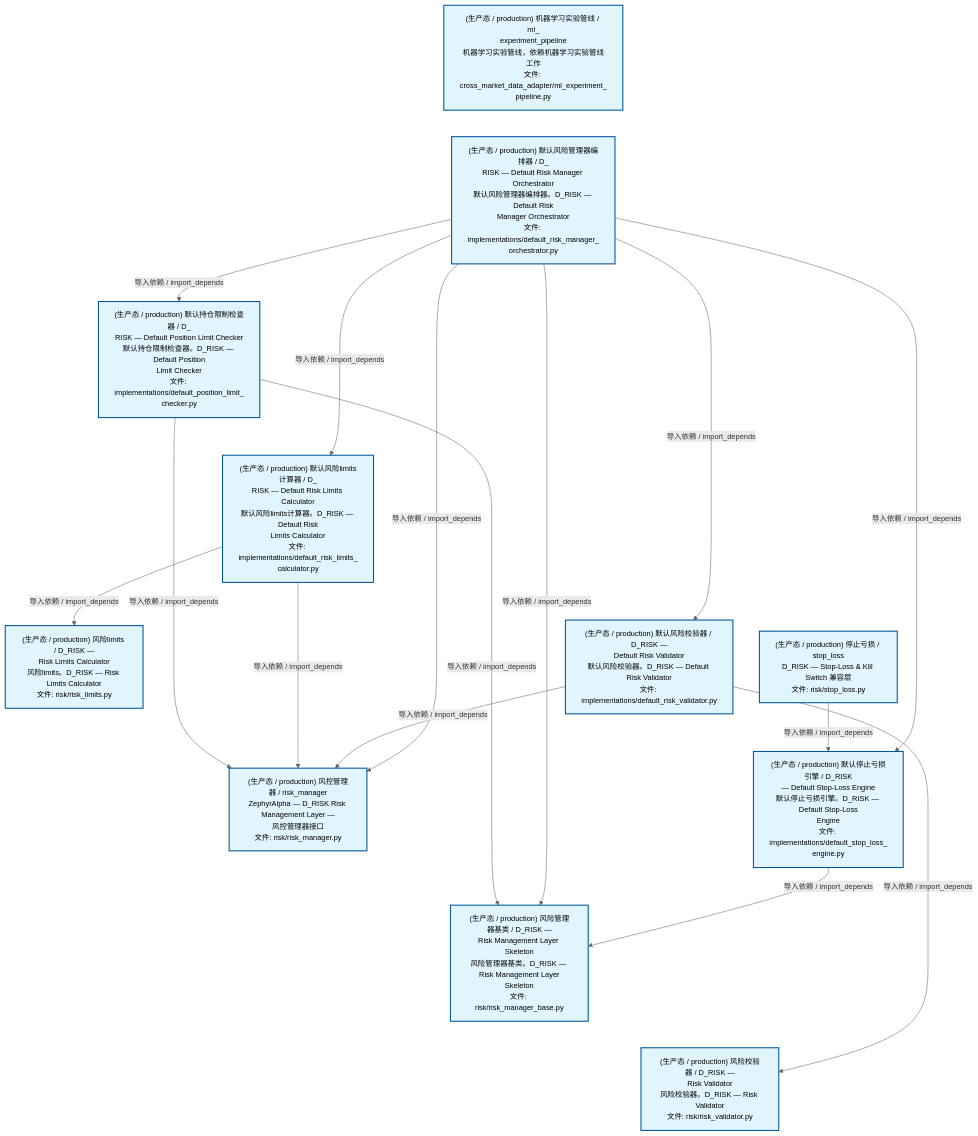
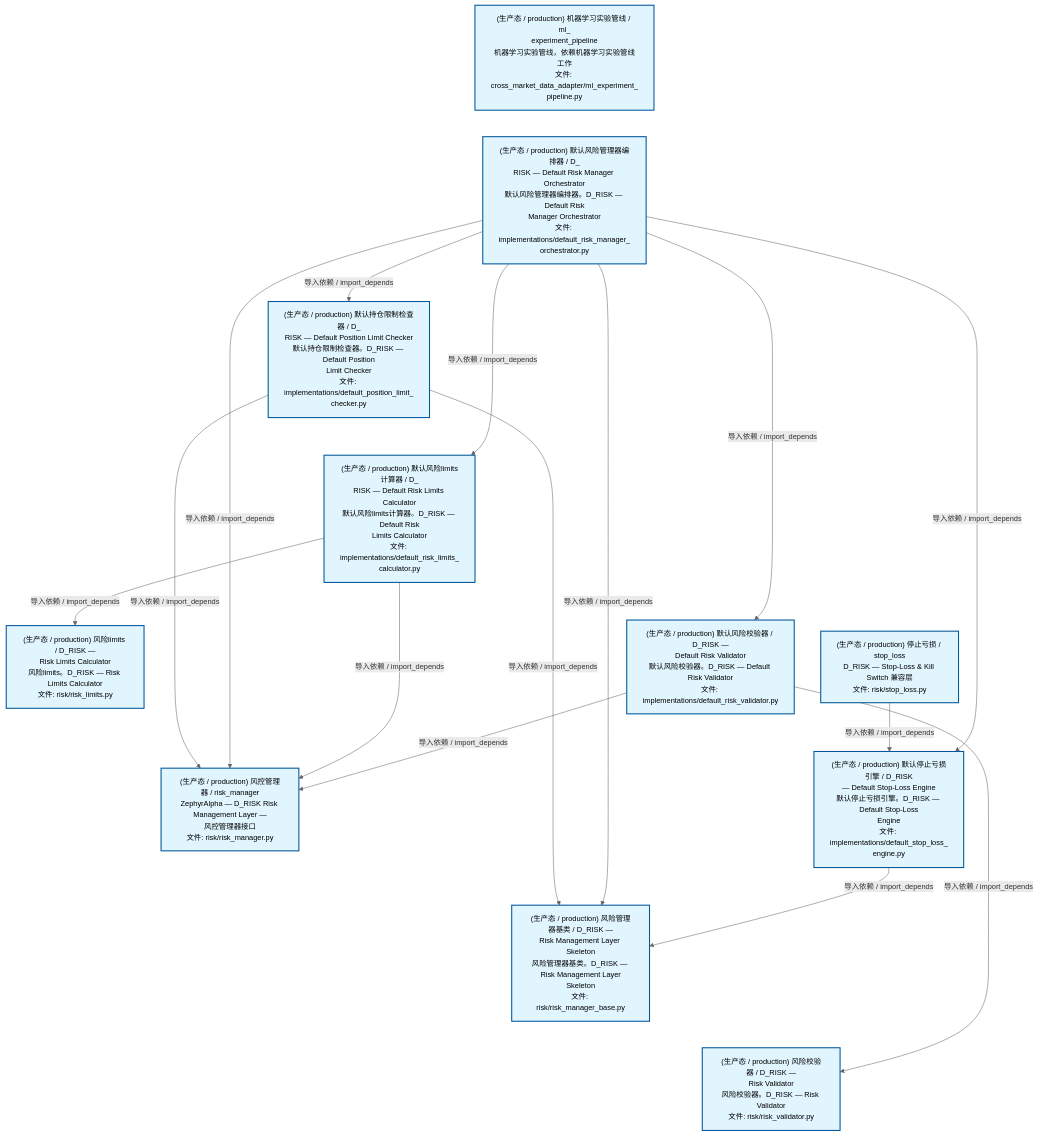
Before and after one commit to xuanFelixVan/ZephyrAlpha: the second of 4 diagrams in docs/02_enterprise_architecture/02_domain_architecture_docs/65_d_risk.md, drawn with Mermaid. The commit also changed other lines of this file and 35 other files, not shown here.

````diff
--- a/docs/02_enterprise_architecture/02_domain_architecture_docs/65_d_risk.md
+++ b/docs/02_enterprise_architecture/02_domain_architecture_docs/65_d_risk.md
@@ -134,42 +134,42 @@
 ```mermaid
 %%{init: {'theme': 'base', 'themeVariables': {'primaryColor': '#eaeaea', 'primaryTextColor': '#333333', 'primaryBorderColor': '#666666', 'lineColor': '#666666', 'secondaryColor': '#eaeaea', 'tertiaryColor': '#eaeaea', 'fontSize': '14px'}}}%%
 flowchart TD
     src_zephyr_risk_cross_asset_cross_market_data_adapter_ml_experiment_pipeline_py["(生产态 / production) 机器学习实验管线 / ml_<br/>experiment_pipeline<br/>机器学习实验管线，依赖机器学习实验管线工作<br/>文件: cross_market_data_adapter/ml_experiment_<br/>pipeline.py"]
     src_zephyr_risk_implementations_default_risk_manager_orchestrator_py["(生产态 / production) 默认风险管理器编排器 / D_<br/>RISK — Default Risk Manager Orchestrator<br/>默认风险管理器编排器。D_RISK — Default Risk<br/>Manager Orchestrator<br/>文件: implementations/default_risk_manager_<br/>orchestrator.py"]
     src_zephyr_risk_stop_loss_py["(生产态 / production) 停止亏损 / stop_loss<br/>D_RISK — Stop-Loss & Kill Switch 兼容层<br/>文件: risk/stop_loss.py"]
     src_zephyr_risk_cross_asset_cross_market_data_adapter_ml_experiment_pipeline_py ~~~ src_zephyr_risk_implementations_default_risk_manager_orchestrator_py
     src_zephyr_risk_implementations_default_risk_manager_orchestrator_py ~~~ src_zephyr_risk_stop_loss_py
     src_zephyr_risk_implementations_default_position_limit_checker_py["(生产态 / production) 默认持仓限制检查器 / D_<br/>RISK — Default Position Limit Checker<br/>默认持仓限制检查器。D_RISK — Default Position<br/>Limit Checker<br/>文件: implementations/default_position_limit_<br/>checker.py"]
     src_zephyr_risk_implementations_default_risk_limits_calculator_py["(生产态 / production) 默认风险limits计算器 / D_<br/>RISK — Default Risk Limits Calculator<br/>默认风险limits计算器。D_RISK — Default Risk<br/>Limits Calculator<br/>文件: implementations/default_risk_limits_<br/>calculator.py"]
     src_zephyr_risk_implementations_default_risk_validator_py["(生产态 / production) 默认风险校验器 / D_RISK —<br/>Default Risk Validator<br/>默认风险校验器。D_RISK — Default Risk Validator<br/>文件: implementations/default_risk_validator.py"]
     src_zephyr_risk_implementations_default_stop_loss_engine_py["(生产态 / production) 默认停止亏损引擎 / D_RISK<br/>— Default Stop-Loss Engine<br/>默认停止亏损引擎。D_RISK — Default Stop-Loss<br/>Engine<br/>文件: implementations/default_stop_loss_<br/>engine.py"]
     src_zephyr_risk_implementations_default_position_limit_checker_py ~~~ src_zephyr_risk_implementations_default_risk_limits_calculator_py
     src_zephyr_risk_implementations_default_risk_limits_calculator_py ~~~ src_zephyr_risk_implementations_default_risk_validator_py
     src_zephyr_risk_implementations_default_risk_validator_py ~~~ src_zephyr_risk_implementations_default_stop_loss_engine_py
     src_zephyr_risk_risk_limits_py["(生产态 / production) 风险limits / D_RISK —<br/>Risk Limits Calculator<br/>风险limits。D_RISK — Risk Limits Calculator<br/>文件: risk/risk_limits.py"]
     src_zephyr_risk_risk_manager_py["(生产态 / production) 风控管理器 / risk_manager<br/>ZephyrAlpha — D_RISK Risk Management Layer —<br/>风控管理器接口<br/>文件: risk/risk_manager.py"]
     src_zephyr_risk_risk_manager_base_py["(生产态 / production) 风险管理器基类 / D_RISK —<br/>Risk Management Layer Skeleton<br/>风险管理器基类。D_RISK — Risk Management Layer<br/>Skeleton<br/>文件: risk/risk_manager_base.py"]
     src_zephyr_risk_risk_validator_py["(生产态 / production) 风险校验器 / D_RISK —<br/>Risk Validator<br/>风险校验器。D_RISK — Risk Validator<br/>文件: risk/risk_validator.py"]
     src_zephyr_risk_risk_limits_py ~~~ src_zephyr_risk_risk_manager_py
     src_zephyr_risk_risk_manager_py ~~~ src_zephyr_risk_risk_manager_base_py
     src_zephyr_risk_risk_manager_base_py ~~~ src_zephyr_risk_risk_validator_py
     src_zephyr_risk_stop_loss_py -->|导入依赖 / import_depends| src_zephyr_risk_implementations_default_stop_loss_engine_py
+    src_zephyr_risk_implementations_default_position_limit_checker_py -->|导入依赖 / import_depends| src_zephyr_risk_risk_manager_base_py
     src_zephyr_risk_implementations_default_position_limit_checker_py -->|导入依赖 / import_depends| src_zephyr_risk_risk_manager_py
-    src_zephyr_risk_implementations_default_position_limit_checker_py -->|导入依赖 / import_depends| src_zephyr_risk_risk_manager_base_py
-    src_zephyr_risk_implementations_default_risk_limits_calculator_py -->|导入依赖 / import_depends| src_zephyr_risk_risk_manager_py
-    src_zephyr_risk_implementations_default_risk_limits_calculator_py -->|导入依赖 / import_depends| src_zephyr_risk_risk_limits_py
-    src_zephyr_risk_implementations_default_risk_validator_py -->|导入依赖 / import_depends| src_zephyr_risk_risk_manager_py
-    src_zephyr_risk_implementations_default_risk_validator_py -->|导入依赖 / import_depends| src_zephyr_risk_risk_validator_py
+    src_zephyr_risk_implementations_default_risk_manager_orchestrator_py -->|导入依赖 / import_depends| src_zephyr_risk_risk_manager_base_py
     src_zephyr_risk_implementations_default_risk_manager_orchestrator_py -->|导入依赖 / import_depends| src_zephyr_risk_risk_manager_py
-    src_zephyr_risk_implementations_default_risk_manager_orchestrator_py -->|导入依赖 / import_depends| src_zephyr_risk_risk_manager_base_py
     src_zephyr_risk_implementations_default_risk_manager_orchestrator_py -->|导入依赖 / import_depends| src_zephyr_risk_implementations_default_position_limit_checker_py
     src_zephyr_risk_implementations_default_risk_manager_orchestrator_py -->|导入依赖 / import_depends| src_zephyr_risk_implementations_default_risk_limits_calculator_py
     src_zephyr_risk_implementations_default_risk_manager_orchestrator_py -->|导入依赖 / import_depends| src_zephyr_risk_implementations_default_risk_validator_py
     src_zephyr_risk_implementations_default_risk_manager_orchestrator_py -->|导入依赖 / import_depends| src_zephyr_risk_implementations_default_stop_loss_engine_py
+    src_zephyr_risk_implementations_default_risk_limits_calculator_py -->|导入依赖 / import_depends| src_zephyr_risk_risk_limits_py
+    src_zephyr_risk_implementations_default_risk_limits_calculator_py -->|导入依赖 / import_depends| src_zephyr_risk_risk_manager_py
+    src_zephyr_risk_implementations_default_risk_validator_py -->|导入依赖 / import_depends| src_zephyr_risk_risk_validator_py
+    src_zephyr_risk_implementations_default_risk_validator_py -->|导入依赖 / import_depends| src_zephyr_risk_risk_manager_py
     src_zephyr_risk_implementations_default_stop_loss_engine_py -->|导入依赖 / import_depends| src_zephyr_risk_risk_manager_base_py
     classDef production fill:#e1f5fe,stroke:#01579b,stroke-width:2px,color:#000
     classDef design fill:#fff3e0,stroke:#e65100,stroke-width:2px,color:#000,stroke-dasharray: 5 5
     classDef external_prod fill:#e8f4fd,stroke:#0277bd,stroke-width:1px,color:#000
     classDef external_design fill:#fff8e7,stroke:#ef6c00,stroke-width:1px,color:#000,stroke-dasharray: 5 5
     class src_zephyr_risk_cross_asset_cross_market_data_adapter_ml_experiment_pipeline_py,src_zephyr_risk_implementations_default_position_limit_checker_py,src_zephyr_risk_implementations_default_risk_limits_calculator_py,src_zephyr_risk_implementations_default_risk_manager_orchestrator_py,src_zephyr_risk_implementations_default_risk_validator_py,src_zephyr_risk_implementations_default_stop_loss_engine_py,src_zephyr_risk_risk_limits_py,src_zephyr_risk_risk_manager_py,src_zephyr_risk_risk_manager_base_py,src_zephyr_risk_risk_validator_py,src_zephyr_risk_stop_loss_py production
 ```
````
